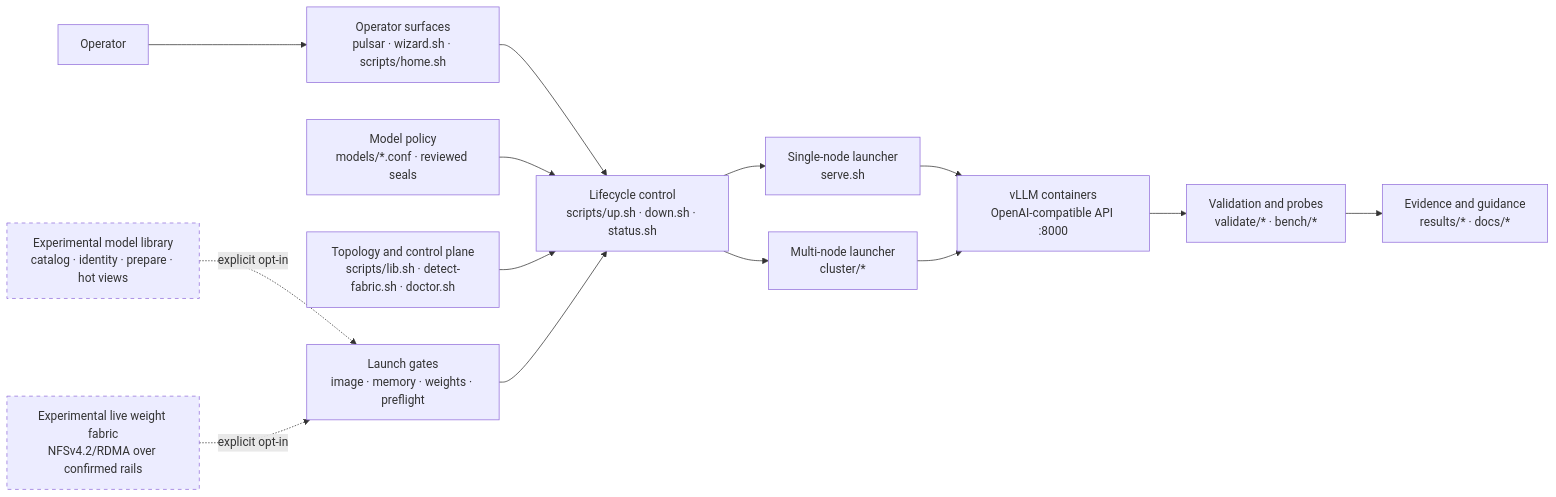
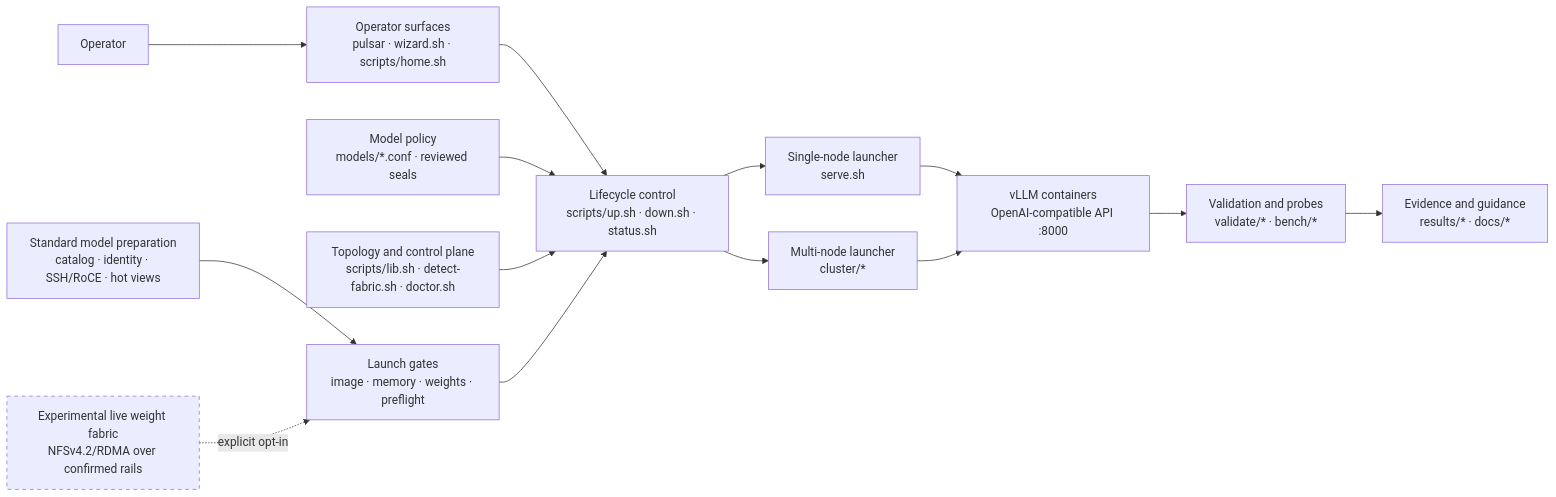
One commit to luisefigueroa/pulsar-gb10-vllm-stack changed the diagram in AGENTS.md. Above: the diagram before and after it, drawn with Mermaid. The commit also changed other lines of this file and 10 other files, not shown here.

Commit message:
docs(models): standardize SSH-over-RoCE preparation

````diff
--- a/AGENTS.md
+++ b/AGENTS.md
@@ -9,23 +9,23 @@
 ```mermaid
 flowchart LR
   operator["Operator"] --> surfaces["Operator surfaces<br/>pulsar · wizard.sh · scripts/home.sh"]
   surfaces --> lifecycle["Lifecycle control<br/>scripts/up.sh · down.sh · status.sh"]
 
   profiles["Model policy<br/>models/*.conf · reviewed seals"] --> lifecycle
   topology["Topology and control plane<br/>scripts/lib.sh · detect-fabric.sh · doctor.sh"] --> lifecycle
   artifacts["Launch gates<br/>image · memory · weights · preflight"] --> lifecycle
 
   lifecycle --> single["Single-node launcher<br/>serve.sh"]
   lifecycle --> cluster["Multi-node launcher<br/>cluster/*"]
   single --> runtime["vLLM containers<br/>OpenAI-compatible API :8000"]
   cluster --> runtime
 
-  library["Experimental model library<br/>catalog · identity · prepare · hot views"] -. explicit opt-in .-> artifacts
+  library["Standard model preparation<br/>catalog · identity · SSH/RoCE · hot views"] --> artifacts
   fabric["Experimental live weight fabric<br/>NFSv4.2/RDMA over confirmed rails"] -. explicit opt-in .-> artifacts
 
   runtime --> validation["Validation and probes<br/>validate/* · bench/*"]
   validation --> evidence["Evidence and guidance<br/>results/* · docs/*"]
 
   classDef experimental stroke-dasharray: 5 5;
-  class library,fabric experimental;
+  class fabric experimental;
 ```
````
